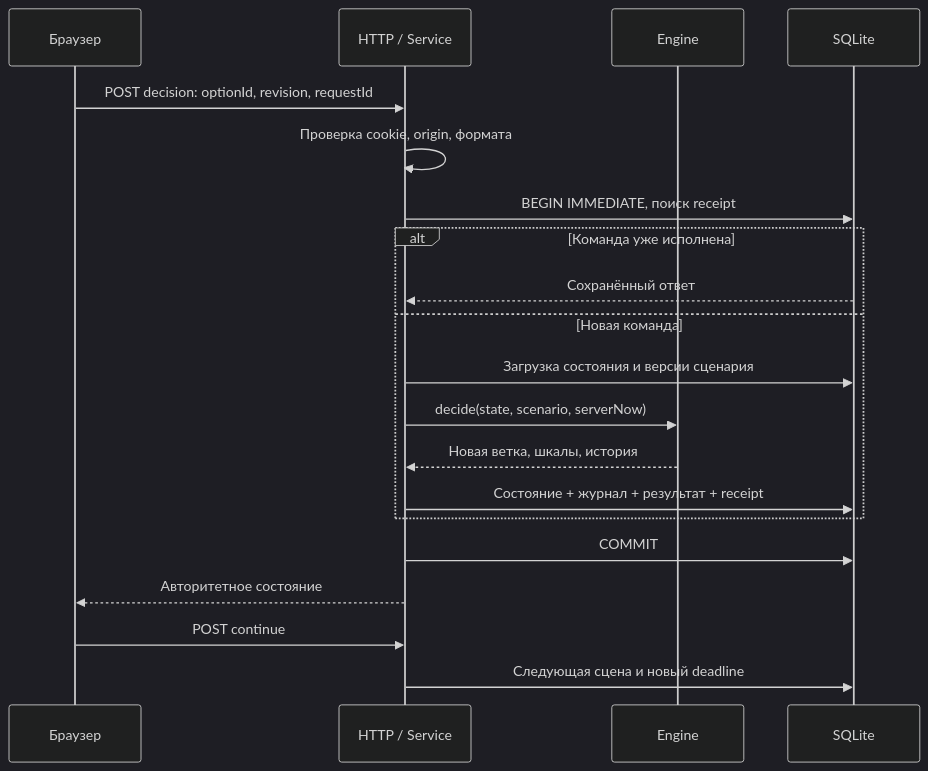
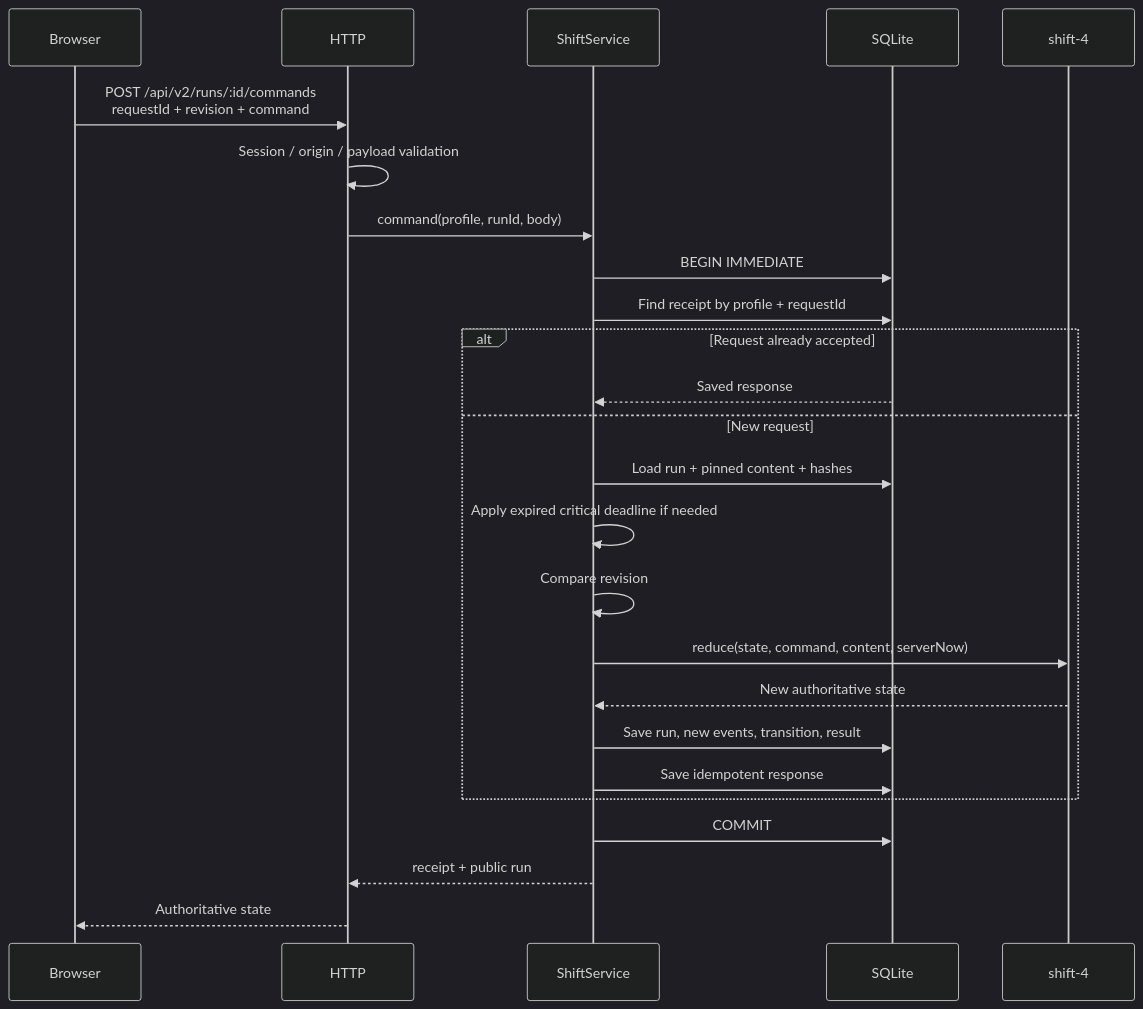
Before and after one commit to RomaGrach/mt-hackathon: the second of 4 diagrams in docs/ARCHITECTURE.md, drawn with Mermaid (dark theme). The commit also changed other lines of this file, not shown here.

Commit message:
docs: align architecture with Design002 shift-4

````diff
--- a/docs/ARCHITECTURE.md
+++ b/docs/ARCHITECTURE.md
@@ -23,22 +97,30 @@
-```mermaid
+~~~mermaid
 sequenceDiagram
-  participant B as Браузер
-  participant H as HTTP / Service
-  participant E as Engine
+  participant B as Browser
+  participant H as HTTP
+  participant S as ShiftService
   participant D as SQLite
-  B->>H: POST decision: optionId, revision, requestId
-  H->>H: Проверка cookie, origin, формата
-  H->>D: BEGIN IMMEDIATE, поиск receipt
-  alt Команда уже исполнена
-    D-->>H: Сохранённый ответ
-  else Новая команда
-    H->>D: Загрузка состояния и версии сценария
-    H->>E: decide(state, scenario, serverNow)
-    E-->>H: Новая ветка, шкалы, история
-    H->>D: Состояние + журнал + результат + receipt
+  participant E as shift-4
+
+  B->>H: POST /api/v2/runs/:id/commands<br/>requestId + revision + command
+  H->>H: Session / origin / payload validation
+  H->>S: command(profile, runId, body)
+  S->>D: BEGIN IMMEDIATE
+  S->>D: Find receipt by profile + requestId
+
+  alt Request already accepted
+    D-->>S: Saved response
+  else New request
+    S->>D: Load run + pinned content + hashes
+    S->>S: Apply expired critical deadline if needed
+    S->>S: Compare revision
+    S->>E: reduce(state, command, content, serverNow)
+    E-->>S: New authoritative state
+    S->>D: Save run, new events, transition, result
+    S->>D: Save idempotent response
   end
-  H->>D: COMMIT
-  H-->>B: Авторитетное состояние
-  B->>H: POST continue
-  H->>D: Следующая сцена и новый deadline
-```
+
+  S->>D: COMMIT
+  S-->>H: receipt + public run
+  H-->>B: Authoritative state
+~~~
````
